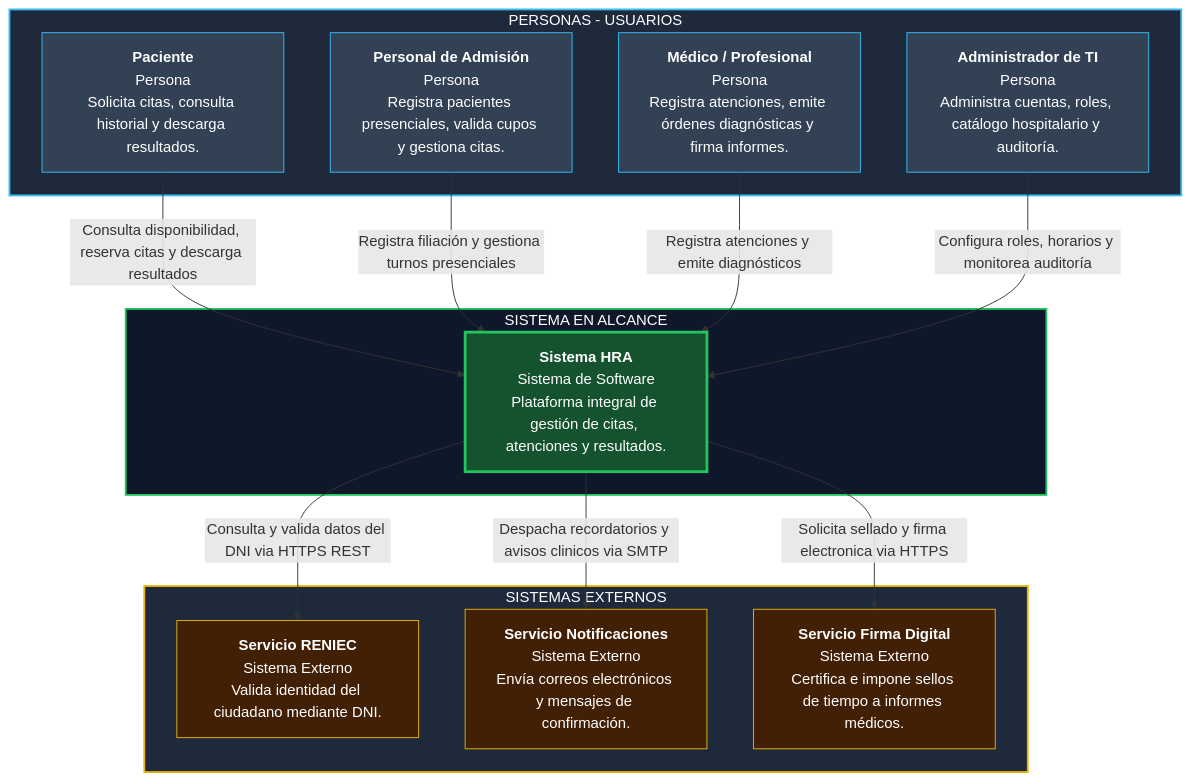
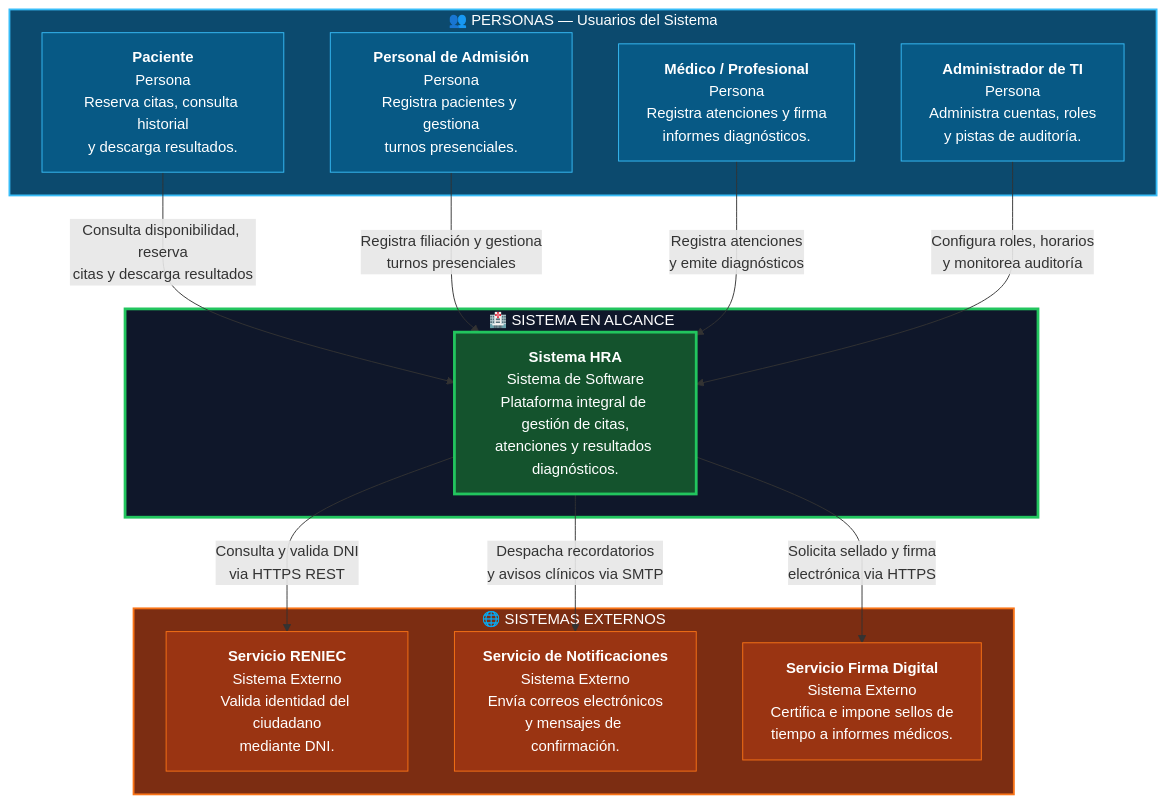
Before and after one commit to Pierrot-01/Proyecto_Hospital: the diagram in Docs/04-modelo-c4/Nivel1-DiagramadeContextodelSistema.md, drawn with Mermaid. The commit also changed other lines of this file and 21 other files, not shown here.

Commit message:
docs(c4): actualizar diagramas mermaid C4 con etiquetas de imagen, imagenes renderizadas y guia de sustentacion

````diff
--- a/Docs/04-modelo-c4/Nivel1-DiagramadeContextodelSistema.md
+++ b/Docs/04-modelo-c4/Nivel1-DiagramadeContextodelSistema.md
@@ -23,49 +25,49 @@
 ```mermaid
 flowchart TD
 
 %% Personas
-subgraph PERSONAS["PERSONAS - USUARIOS"]
-    Paciente["<b>Paciente</b><br>Persona<br>Solicita citas, consulta historial y descarga resultados."]
-    Admision["<b>Personal de Admisión</b><br>Persona<br>Registra pacientes presenciales, valida cupos y gestiona citas."]
-    Medico["<b>Médico / Profesional</b><br>Persona<br>Registra atenciones, emite órdenes diagnósticas y firma informes."]
-    AdminTI["<b>Administrador de TI</b><br>Persona<br>Administra cuentas, roles, catálogo hospitalario y auditoría."]
+subgraph PERSONAS["👥 PERSONAS — Usuarios del Sistema"]
+    Paciente["<b>Paciente</b><br>Persona<br>Reserva citas, consulta historial<br>y descarga resultados."]
+    Admision["<b>Personal de Admisión</b><br>Persona<br>Registra pacientes y gestiona<br>turnos presenciales."]
+    Medico["<b>Médico / Profesional</b><br>Persona<br>Registra atenciones y firma<br>informes diagnósticos."]
+    AdminTI["<b>Administrador de TI</b><br>Persona<br>Administra cuentas, roles<br>y pistas de auditoría."]
 end
 
 %% Sistema en alcance
-subgraph ALCANCE["SISTEMA EN ALCANCE"]
-    HRA["<b>Sistema HRA</b><br>Sistema de Software<br>Plataforma integral de gestión de citas, atenciones y resultados."]
+subgraph ALCANCE["🏥 SISTEMA EN ALCANCE"]
+    HRA["<b>Sistema HRA</b><br>Sistema de Software<br>Plataforma integral de gestión de citas,<br>atenciones y resultados diagnósticos."]
 end
 
 %% Sistemas externos
-subgraph EXTERNOS["SISTEMAS EXTERNOS"]
-    RENIEC["<b>Servicio RENIEC</b><br>Sistema Externo<br>Valida identidad del ciudadano mediante DNI."]
-    Notificador["<b>Servicio Notificaciones</b><br>Sistema Externo<br>Envía correos electrónicos y mensajes de confirmación."]
-    Firma["<b>Servicio Firma Digital</b><br>Sistema Externo<br>Certifica e impone sellos de tiempo a informes médicos."]
+subgraph EXTERNOS["🌐 SISTEMAS EXTERNOS"]
+    RENIEC["<b>Servicio RENIEC</b><br>Sistema Externo<br>Valida identidad del ciudadano<br>mediante DNI."]
+    Notificador["<b>Servicio de Notificaciones</b><br>Sistema Externo<br>Envía correos electrónicos<br>y mensajes de confirmación."]
+    Firma["<b>Servicio Firma Digital</b><br>Sistema Externo<br>Certifica e impone sellos de<br>tiempo a informes médicos."]
 end
 
 %% Relaciones
-Paciente -->|Consulta disponibilidad, reserva citas y descarga resultados| HRA
-Admision -->|Registra filiación y gestiona turnos presenciales| HRA
-Medico -->|Registra atenciones y emite diagnósticos| HRA
-AdminTI -->|Configura roles, horarios y monitorea auditoría| HRA
+Paciente -->|"Consulta disponibilidad, reserva<br>citas y descarga resultados"| HRA
+Admision -->|"Registra filiación y gestiona<br>turnos presenciales"| HRA
+Medico -->|"Registra atenciones<br>y emite diagnósticos"| HRA
+AdminTI -->|"Configura roles, horarios<br>y monitorea auditoría"| HRA
 
-HRA -->|Consulta y valida datos del DNI via HTTPS REST| RENIEC
-HRA -->|Despacha recordatorios y avisos clinicos via SMTP| Notificador
-HRA -->|Solicita sellado y firma electronica via HTTPS| Firma
+HRA -->|"Consulta y valida DNI<br>via HTTPS REST"| RENIEC
+HRA -->|"Despacha recordatorios<br>y avisos clínicos via SMTP"| Notificador
+HRA -->|"Solicita sellado y firma<br>electrónica via HTTPS"| Firma
 
-%% Estilos
-style PERSONAS fill:#1e293b,stroke:#38bdf8,stroke-width:2px,color:#fff
-style ALCANCE fill:#0f172a,stroke:#22c55e,stroke-width:2px,color:#fff
-style EXTERNOS fill:#1e293b,stroke:#eab308,stroke-width:2px,color:#fff
+%% Estilos — azul para personas, verde para sistema, naranja para externos
+style PERSONAS fill:#0c4a6e,stroke:#38bdf8,stroke-width:2px,color:#fff
+style ALCANCE fill:#0f172a,stroke:#22c55e,stroke-width:3px,color:#fff
+style EXTERNOS fill:#7c2d12,stroke:#f97316,stroke-width:2px,color:#fff
 
-style Paciente fill:#334155,stroke:#38bdf8,color:#fff
-style Admision fill:#334155,stroke:#38bdf8,color:#fff
-style Medico fill:#334155,stroke:#38bdf8,color:#fff
-style AdminTI fill:#334155,stroke:#38bdf8,color:#fff
+style Paciente fill:#075985,stroke:#38bdf8,color:#fff
+style Admision fill:#075985,stroke:#38bdf8,color:#fff
+style Medico fill:#075985,stroke:#38bdf8,color:#fff
+style AdminTI fill:#075985,stroke:#38bdf8,color:#fff
 
 style HRA fill:#14532d,stroke:#22c55e,stroke-width:3px,color:#fff
 
-style RENIEC fill:#422006,stroke:#eab308,color:#fff
-style Notificador fill:#422006,stroke:#eab308,color:#fff
-style Firma fill:#422006,stroke:#eab308,color:#fff
+style RENIEC fill:#9a3412,stroke:#f97316,color:#fff
+style Notificador fill:#9a3412,stroke:#f97316,color:#fff
+style Firma fill:#9a3412,stroke:#f97316,color:#fff
 ```
````
